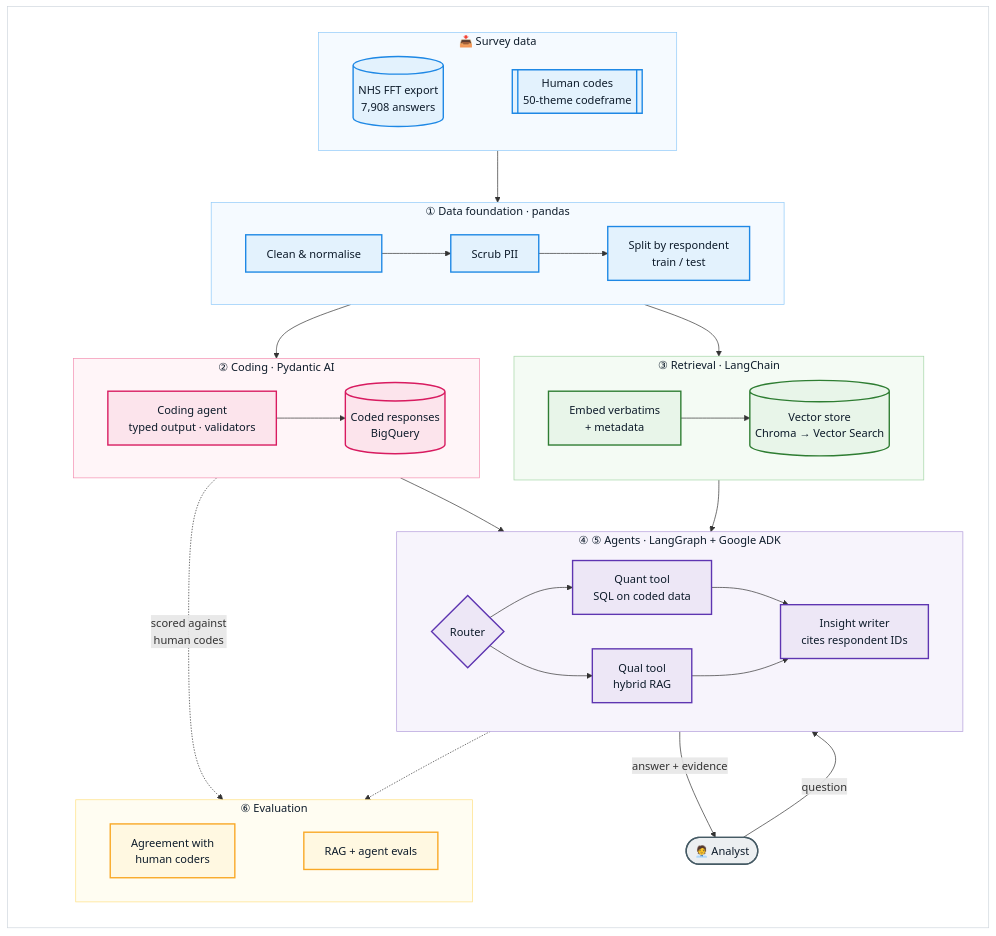
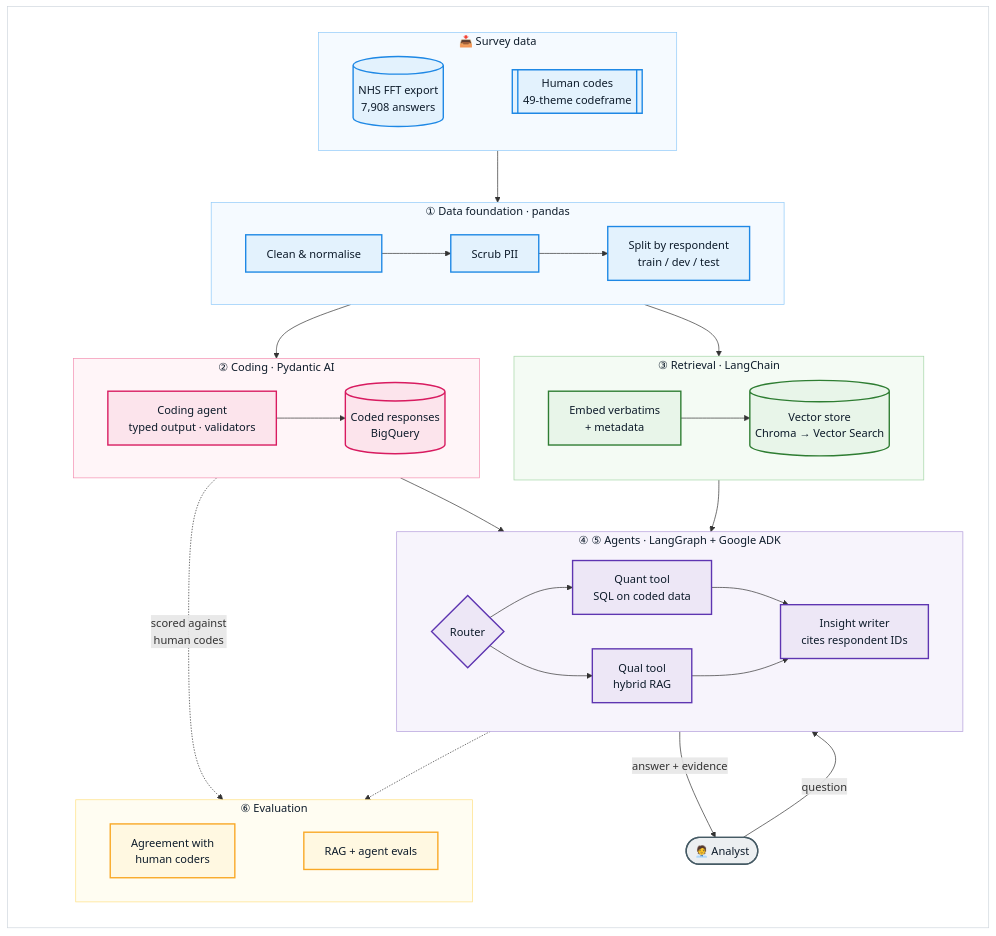
The first of 8 diagrams in README.md (ryan-backer-ds/agentic-verbatim-coding), drawn with Mermaid before and after one commit. The commit also changed other lines of this file and 39 other files, not shown here.

````diff
--- a/README.md
+++ b/README.md
@@ -81,71 +83,71 @@
 ```mermaid
 %%{init: {'theme': 'default'}}%%
 flowchart TB
     subgraph FRAME[" "]
         direction TB
         subgraph SRC["📥 Survey data"]
             direction LR
-            RAW[("NHS FFT export<br/>7,908 answers")] ~~~ GOLD[["Human codes<br/>50-theme codeframe"]]
+            RAW[("NHS FFT export<br/>7,908 answers")] ~~~ GOLD[["Human codes<br/>49-theme codeframe"]]
         end
 
         subgraph S1["① Data foundation · pandas"]
             direction LR
-            CLEAN["Clean & normalise"] --> PII["Scrub PII"] --> SPLIT["Split by respondent<br/>train / test"]
+            CLEAN["Clean & normalise"] --> PII["Scrub PII"] --> SPLIT["Split by respondent<br/>train / dev / test"]
         end
 
         subgraph S2["② Coding · Pydantic AI"]
             direction LR
             CODER["Coding agent<br/>typed output · validators"] --> CODED[("Coded responses<br/>BigQuery")]
         end
 
         subgraph S3["③ Retrieval · LangChain"]
             direction LR
             EMB["Embed verbatims<br/>+ metadata"] --> VS[("Vector store<br/>Chroma → Vector Search")]
         end
 
         subgraph S45["④ ⑤ Agents · LangGraph + Google ADK"]
             direction LR
             ROUTER{"Router"} --> QUANT["Quant tool<br/>SQL on coded data"]
             ROUTER --> QUAL["Qual tool<br/>hybrid RAG"]
             QUANT --> WRITER["Insight writer<br/>cites respondent IDs"]
             QUAL --> WRITER
         end
 
         subgraph S6["⑥ Evaluation"]
             direction LR
             AGREE["Agreement with<br/>human coders"] ~~~ AGEVAL["RAG + agent evals"]
         end
 
         USER(["🧑‍💼 Analyst"])
 
         SRC --> S1
         S1 --> S2
         S1 --> S3
         S2 --> S45
         S3 --> S45
         USER -- "question" --> S45
         S45 -- "answer + evidence" --> USER
         S2 -. "scored against<br/>human codes" .-> S6
         S45 -.-> S6
     end
 
     classDef data fill:#E3F2FD,stroke:#1E88E5,stroke-width:2px,color:#0D1B2A
     classDef pyd fill:#FCE4EC,stroke:#D81B60,stroke-width:2px,color:#0D1B2A
     classDef lc fill:#E8F5E9,stroke:#2E7D32,stroke-width:2px,color:#0D1B2A
     classDef agent fill:#EDE7F6,stroke:#5E35B1,stroke-width:2px,color:#0D1B2A
     classDef eval fill:#FFF8E1,stroke:#F9A825,stroke-width:2px,color:#0D1B2A
     classDef user fill:#ECEFF1,stroke:#455A64,stroke-width:2px,color:#0D1B2A
     class RAW,GOLD,CLEAN,PII,SPLIT data
     class CODER,CODED pyd
     class EMB,VS lc
     class ROUTER,QUANT,QUAL,WRITER agent
     class AGREE,AGEVAL eval
     class USER user
     style SRC fill:#F5FAFF,stroke:#90CAF9,color:#0D1B2A
     style S1 fill:#F5FAFF,stroke:#90CAF9,color:#0D1B2A
     style S2 fill:#FFF5F8,stroke:#F48FB1,color:#0D1B2A
     style S3 fill:#F4FBF4,stroke:#A5D6A7,color:#0D1B2A
     style S45 fill:#F7F4FC,stroke:#B39DDB,color:#0D1B2A
     style S6 fill:#FFFDF2,stroke:#FFE082,color:#0D1B2A
     style FRAME fill:#FFFFFF,stroke:#D0D7DE,stroke-width:1px,color:#FFFFFF
 ```
````
